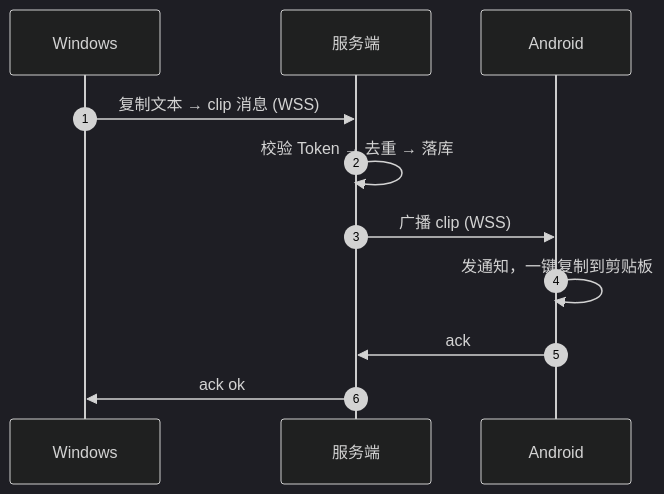
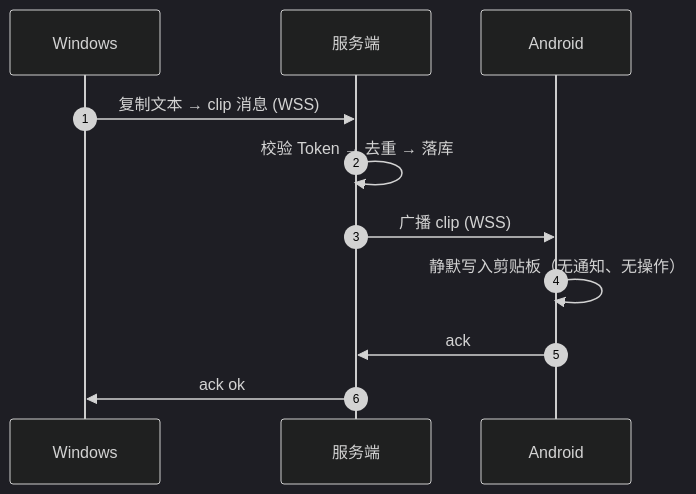
One commit to HeMuxD/clipbridge changed the second of 3 diagrams in README.md. Above: the diagram before and after it, drawn with Mermaid (dark theme). The commit also changed other lines of this file and 47 other files, not shown here.

````diff
--- a/README.md
+++ b/README.md
@@ -65,14 +65,14 @@
 ```mermaid
 sequenceDiagram
     autonumber
     participant A as Windows
     participant S as 服务端
     participant B as Android
 
     A->>S: 复制文本 → clip 消息 (WSS)
     S->>S: 校验 Token → 去重 → 落库
     S->>B: 广播 clip (WSS)
-    B->>B: 发通知，一键复制到剪贴板
+    B->>B: 静默写入剪贴板（无通知、无操作）
     B->>S: ack
     S->>A: ack ok
 ```
````
